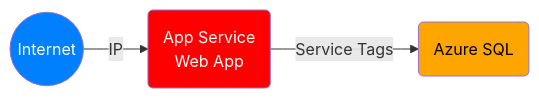
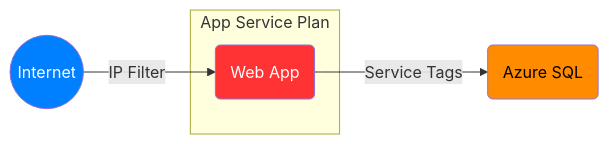
Before and after one commit to msalemor/app-services-networking: the second of 7 diagrams in README.md, drawn with Mermaid. The commit also changed other lines of this file, not shown here.

````diff
--- a/README.md
+++ b/README.md
@@ -61,12 +61,15 @@
 ```mermaid
 graph LR;
-    A((Internet))-- IP -->B(App Service<br/>Web App);
-    B-- Service Tags -->C(Azure SQL);
-    classDef internet fill:#007FFF,color:white;
-    classDef unsafe fill:red,color:white;
-    classDef semisafe fill:orange,color:black;
-    classDef safe fill:darkgreen,color:black;
-    class A internet;
-    class B unsafe;
-    class C semisafe;
+  A((Internet))-- IP Filter -->a1;
+  subgraph "App Service Plan"
+    a1(Web App)
+  end
+  a1-- Service Tags -->C(Azure SQL);
+  classDef internet fill:#007FFF,color:white;
+  classDef unsafe fill:#ff3333,color:white;
+  classDef semisafe fill:darkorange,color:black;
+  classDef safe fill:darkgreen,color:black;
+  class A internet;
+  class a1 unsafe;
+  class C semisafe;
 ```
````
